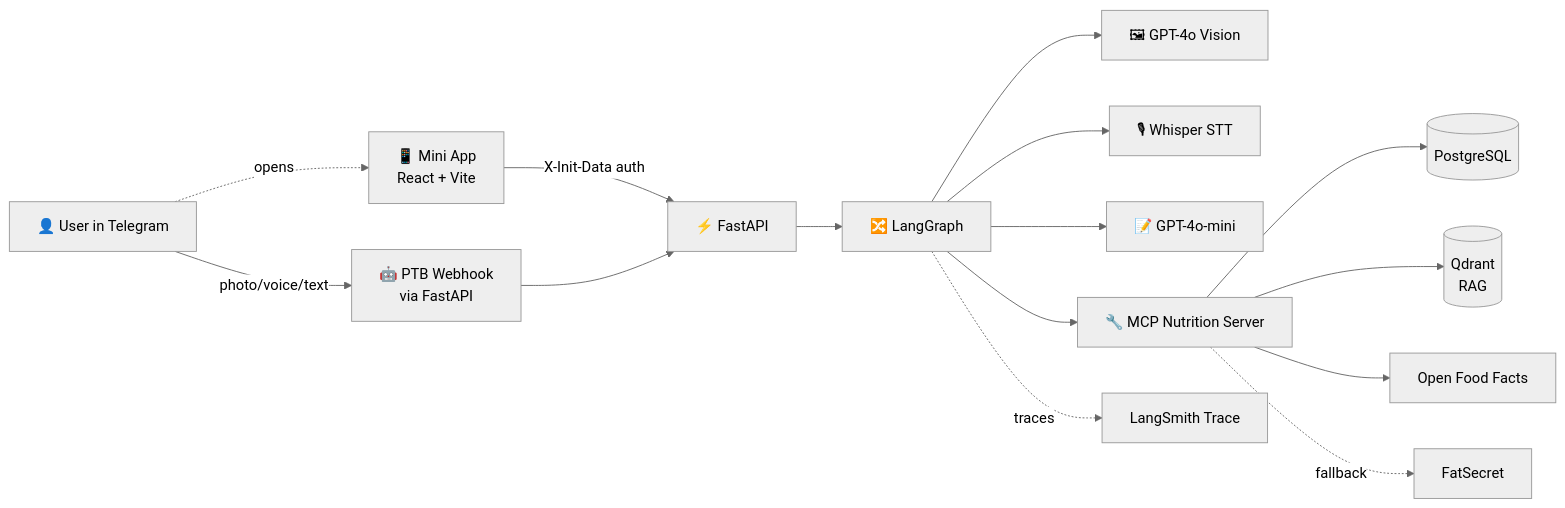
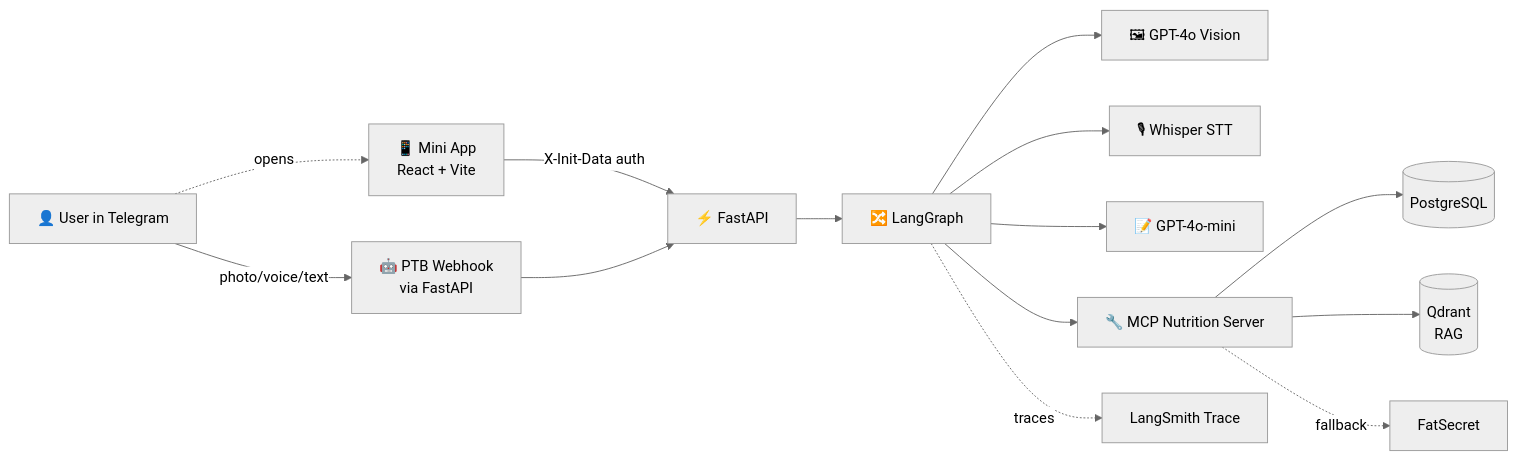
Before and after one commit to 5kif4a/nutrisnap: the first of 2 diagrams in README.md, drawn with Mermaid (neutral theme). The commit also changed other lines of this file and 9 other files, not shown here.

Commit message:
refactor: remove Open Food Facts integration and update nutrition lookup pipeline

````diff
--- a/README.md
+++ b/README.md
@@ -100,32 +99,30 @@
 ```mermaid
 flowchart LR
     user[👤 User in Telegram]
     miniapp[📱 Mini App<br/>React + Vite]
     bot[🤖 PTB Webhook<br/>via FastAPI]
     api[⚡ FastAPI]
     langgraph[🔀 LangGraph]
     vision[🖼 GPT-4o Vision]
     whisper[🎙 Whisper STT]
     parser[📝 GPT-4o-mini]
     mcp[🔧 MCP Nutrition Server]
     pg[(PostgreSQL)]
     qdrant[(Qdrant<br/>RAG)]
-    off[Open Food Facts]
     fs[FatSecret]
     langsmith[LangSmith Trace]
 
     user -->|photo/voice/text| bot
     user -.->|opens| miniapp
     miniapp -->|X-Init-Data auth| api
     bot --> api
     api --> langgraph
     langgraph --> vision
     langgraph --> whisper
     langgraph --> parser
     langgraph --> mcp
     mcp --> pg
     mcp --> qdrant
-    mcp --> off
     mcp -.fallback.-> fs
     langgraph -.traces.-> langsmith
 ```
````
